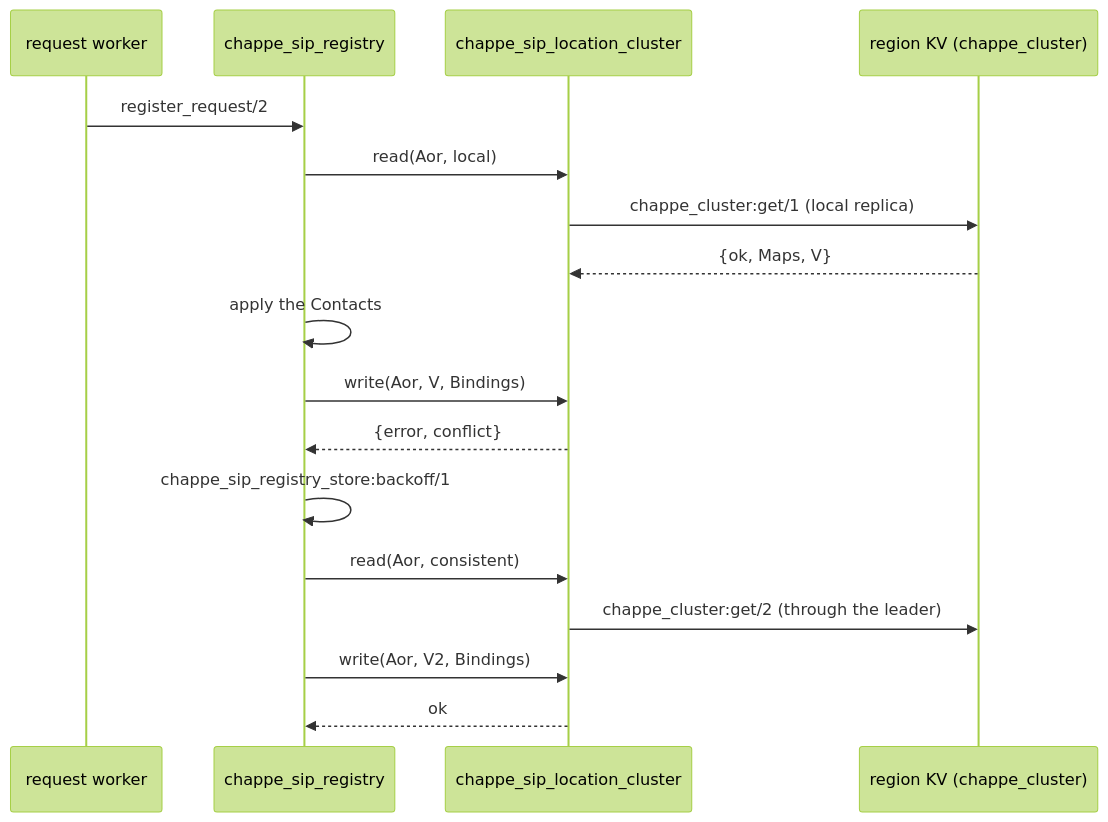
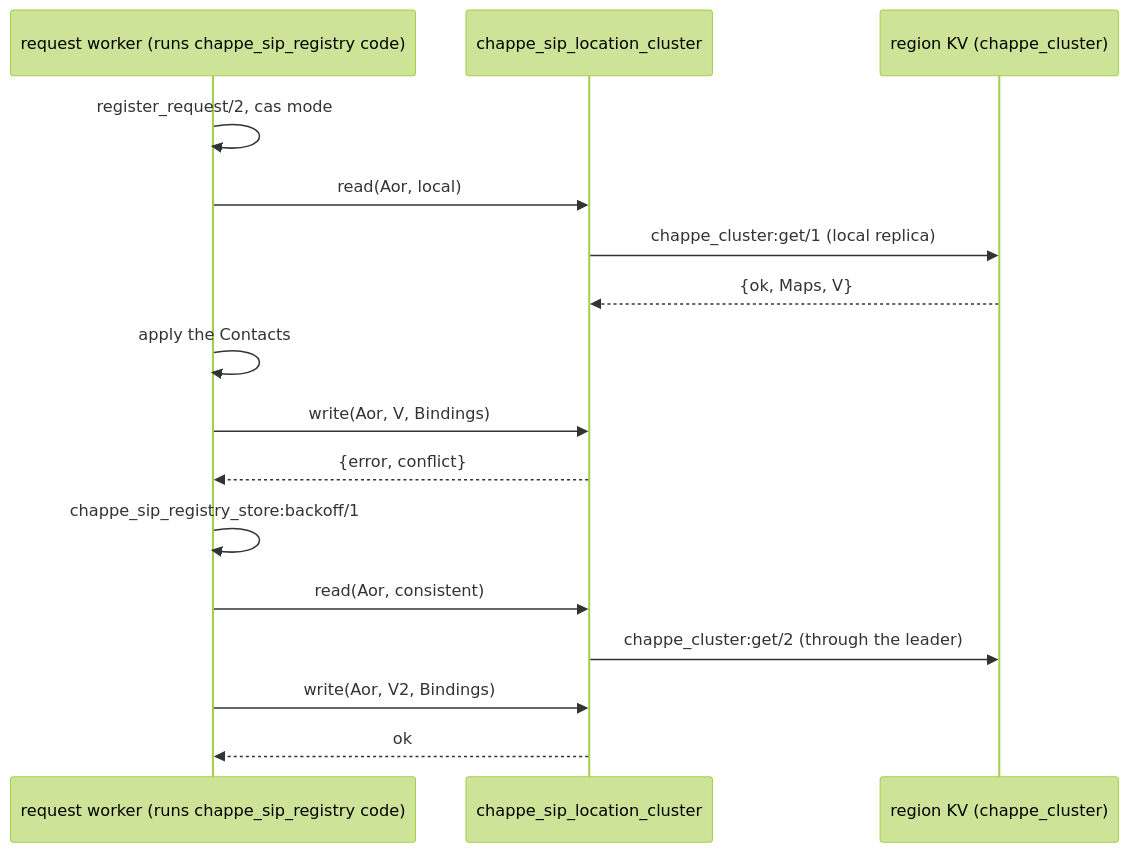
One commit to benoitc/chappe changed the first of 2 diagrams in apps/chappe_sip/docs/design/registrar.md. Above: the diagram before and after it, drawn with Mermaid (forest theme). The commit also changed other lines of this file, not shown here.

Commit message:
show the cas write running in the request worker

````diff
--- a/apps/chappe_sip/docs/design/registrar.md
+++ b/apps/chappe_sip/docs/design/registrar.md
@@ -84,19 +84,18 @@
 ```mermaid
 sequenceDiagram
-    participant W as request worker
-    participant Reg as chappe_sip_registry
+    participant W as request worker (runs chappe_sip_registry code)
     participant L as chappe_sip_location_cluster
     participant KV as region KV (chappe_cluster)
-    W->>Reg: register_request/2
-    Reg->>L: read(Aor, local)
+    W->>W: register_request/2, cas mode
+    W->>L: read(Aor, local)
     L->>KV: chappe_cluster:get/1 (local replica)
     KV-->>L: {ok, Maps, V}
-    Reg->>Reg: apply the Contacts
-    Reg->>L: write(Aor, V, Bindings)
-    L-->>Reg: {error, conflict}
-    Reg->>Reg: chappe_sip_registry_store:backoff/1
-    Reg->>L: read(Aor, consistent)
+    W->>W: apply the Contacts
+    W->>L: write(Aor, V, Bindings)
+    L-->>W: {error, conflict}
+    W->>W: chappe_sip_registry_store:backoff/1
+    W->>L: read(Aor, consistent)
     L->>KV: chappe_cluster:get/2 (through the leader)
-    Reg->>L: write(Aor, V2, Bindings)
-    L-->>Reg: ok
+    W->>L: write(Aor, V2, Bindings)
+    L-->>W: ok
 ```
````
